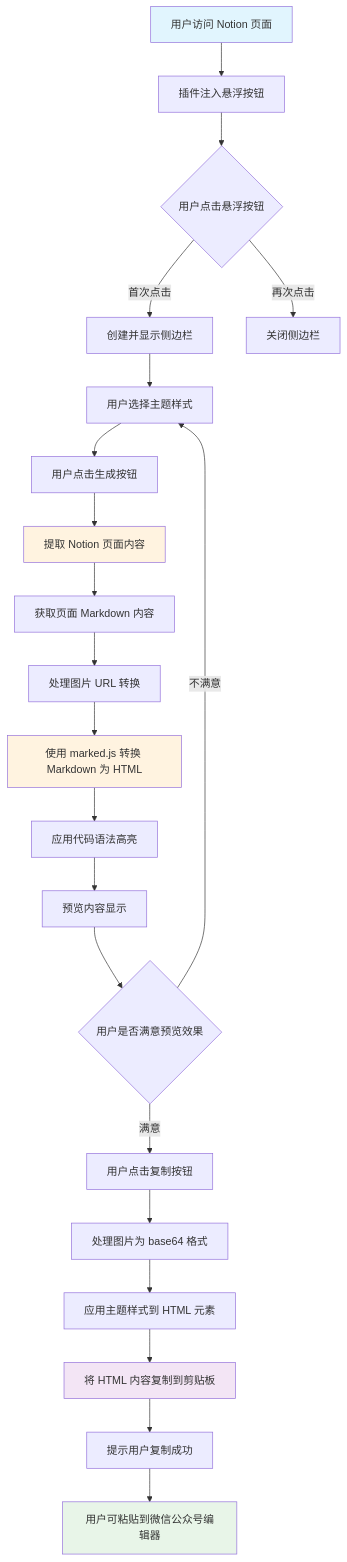
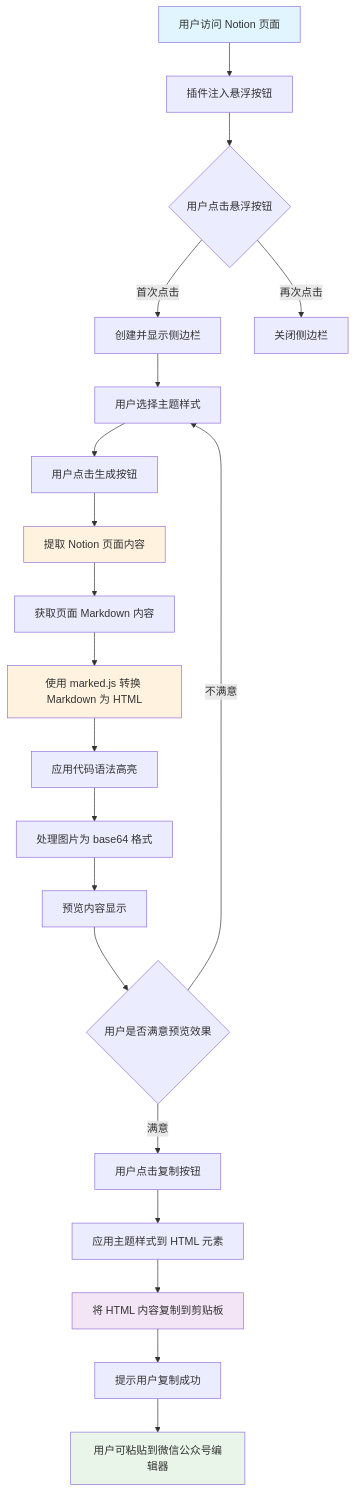
Before and after one commit to nmvr2600/notion2wechat: the first of 2 diagrams in workflow-diagram.md, drawn with Mermaid. The commit also changed other lines of this file, not shown here.

Commit message:
refactor(workflow): 优化图片处理流程并更新工作流程图

````diff
--- a/workflow-diagram.md
+++ b/workflow-diagram.md
@@ -5,31 +5,30 @@
 ```mermaid
 graph TD
     A[用户访问 Notion 页面] --> B[插件注入悬浮按钮]
     B --> C{用户点击悬浮按钮}
     C -->|首次点击| D[创建并显示侧边栏]
     C -->|再次点击| E[关闭侧边栏]
     
     D --> F[用户选择主题样式]
     F --> G[用户点击生成按钮]
     G --> H[提取 Notion 页面内容]
     H --> I[获取页面 Markdown 内容]
-    I --> J[处理图片 URL 转换]
-    J --> K[使用 marked.js 转换 Markdown 为 HTML]
-    K --> L[应用代码语法高亮]
+    I --> J[使用 marked.js 转换 Markdown 为 HTML]
+    J --> K[应用代码语法高亮]
+    K --> L[处理图片为 base64 格式]
     L --> M[预览内容显示]
     M --> N{用户是否满意预览效果}
     
     N -->|不满意| F
     N -->|满意| O[用户点击复制按钮]
-    O --> P[处理图片为 base64 格式]
-    P --> Q[应用主题样式到 HTML 元素]
-    Q --> R[将 HTML 内容复制到剪贴板]
-    R --> S[提示用户复制成功]
-    S --> T[用户可粘贴到微信公众号编辑器]
+    O --> P[应用主题样式到 HTML 元素]
+    P --> Q[将 HTML 内容复制到剪贴板]
+    Q --> R[提示用户复制成功]
+    R --> S[用户可粘贴到微信公众号编辑器]
 
     style A fill:#e1f5fe
-    style T fill:#e8f5e8
+    style S fill:#e8f5e8
     style H fill:#fff3e0
-    style K fill:#fff3e0
-    style R fill:#f3e5f5
+    style J fill:#fff3e0
+    style Q fill:#f3e5f5
 ```
````
